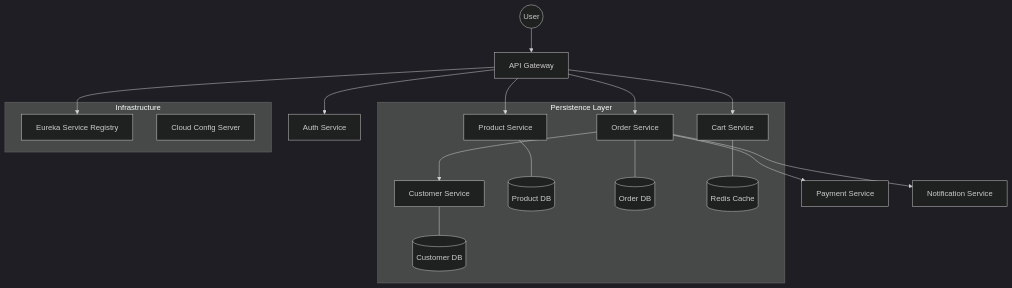
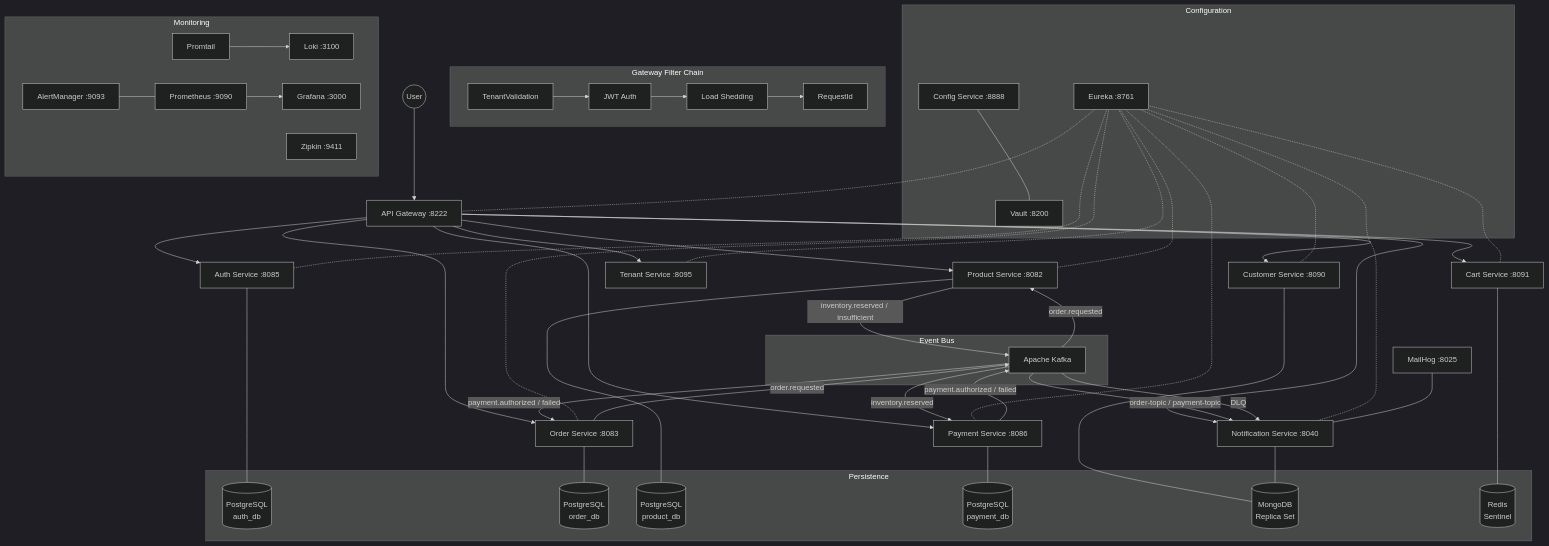
Before and after one commit to edsonwade/ecommerce: the first of 3 diagrams in README.md, drawn with Mermaid (dark theme). The commit also changed other lines of this file, not shown here.

````diff
--- a/README.md
+++ b/README.md
@@ -15,25 +17,82 @@
 ```mermaid
 graph TD
-    User((User)) --> Gateway[API Gateway]
-    Gateway --> Discovery[Eureka Service Registry]
-    Gateway --> Auth[Auth Service]
-    Gateway --> Product[Product Service]
-    Gateway --> Order[Order Service]
-    Gateway --> Cart[Cart Service]
-    
-    Order --> Payment[Payment Service]
-    Order --> Customer[Customer Service]
-    Order --> Notification[Notification Service]
-    
-    subgraph Persistence Layer
-        Product --- MongoP[(Product DB)]
-        Customer --- MongoC[(Customer DB)]
-        Order --- PostgreO[(Order DB)]
-        Cart --- RedisC[(Redis Cache)]
+    User((User)) --> Gateway["API Gateway :8222"]
+
+    subgraph Gateway Filter Chain
+        direction LR
+        TF[TenantValidation] --> JF[JWT Auth]
+        JF --> LS[Load Shedding]
+        LS --> RI[RequestId]
     end
-    
-    subgraph Infrastructure
-        Config[Cloud Config Server]
-        Discovery
+
+    Gateway --> Auth["Auth Service :8085"]
+    Gateway --> Customer["Customer Service :8090"]
+    Gateway --> Product["Product Service :8082"]
+    Gateway --> Order["Order Service :8083"]
+    Gateway --> Payment["Payment Service :8086"]
+    Gateway --> Cart["Cart Service :8091"]
+    Gateway --> Notification["Notification Service :8040"]
+    Gateway --> Tenant["Tenant Service :8095"]
+
+    subgraph Event Bus
+        Kafka[Apache Kafka]
     end
+
+    Order -- "order.requested" --> Kafka
+    Kafka -- "order.requested" --> Product
+    Product -- "inventory.reserved / insufficient" --> Kafka
+    Kafka -- "inventory.reserved" --> Payment
+    Payment -- "payment.authorized / failed" --> Kafka
+    Kafka -- "payment.authorized / failed" --> Order
+    Kafka -- "order-topic / payment-topic" --> Notification
+    Kafka -- "DLQ" --> Notification
+
+    subgraph Configuration
+        Config["Config Service :8888"]
+        Vault["Vault :8200"]
+        Discovery["Eureka :8761"]
+    end
+
+    Config --- Vault
+    Discovery -.- Gateway
+    Discovery -.- Auth
+    Discovery -.- Customer
+    Discovery -.- Product
+    Discovery -.- Order
+    Discovery -.- Payment
+    Discovery -.- Cart
+    Discovery -.- Notification
+    Discovery -.- Tenant
+
+    subgraph Persistence
+        PG_Auth[("PostgreSQL<br/>auth_db")]
+        PG_Order[("PostgreSQL<br/>order_db")]
+        PG_Product[("PostgreSQL<br/>product_db")]
+        PG_Payment[("PostgreSQL<br/>payment_db")]
+        Mongo[("MongoDB<br/>Replica Set")]
+        Redis[("Redis<br/>Sentinel")]
+    end
+
+    Auth --- PG_Auth
+    Order --- PG_Order
+    Product --- PG_Product
+    Payment --- PG_Payment
+    Customer --- Mongo
+    Notification --- Mongo
+    Cart --- Redis
+
+    subgraph Monitoring
+        Prometheus["Prometheus :9090"]
+        Grafana["Grafana :3000"]
+        AlertMgr["AlertManager :9093"]
+        Loki["Loki :3100"]
+        Promtail["Promtail"]
+        Zipkin["Zipkin :9411"]
+    end
+
+    Promtail --> Loki
+    Prometheus --> Grafana
+    AlertMgr --- Prometheus
+
+    MailHog["MailHog :8025"] --- Notification
 ```
````
